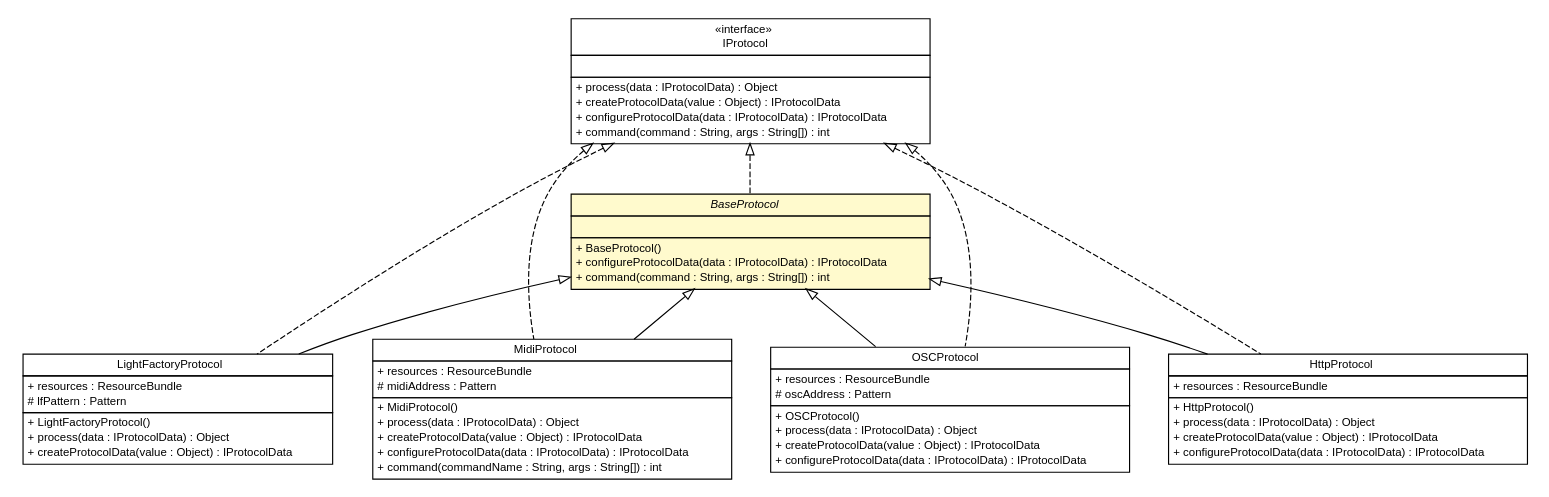
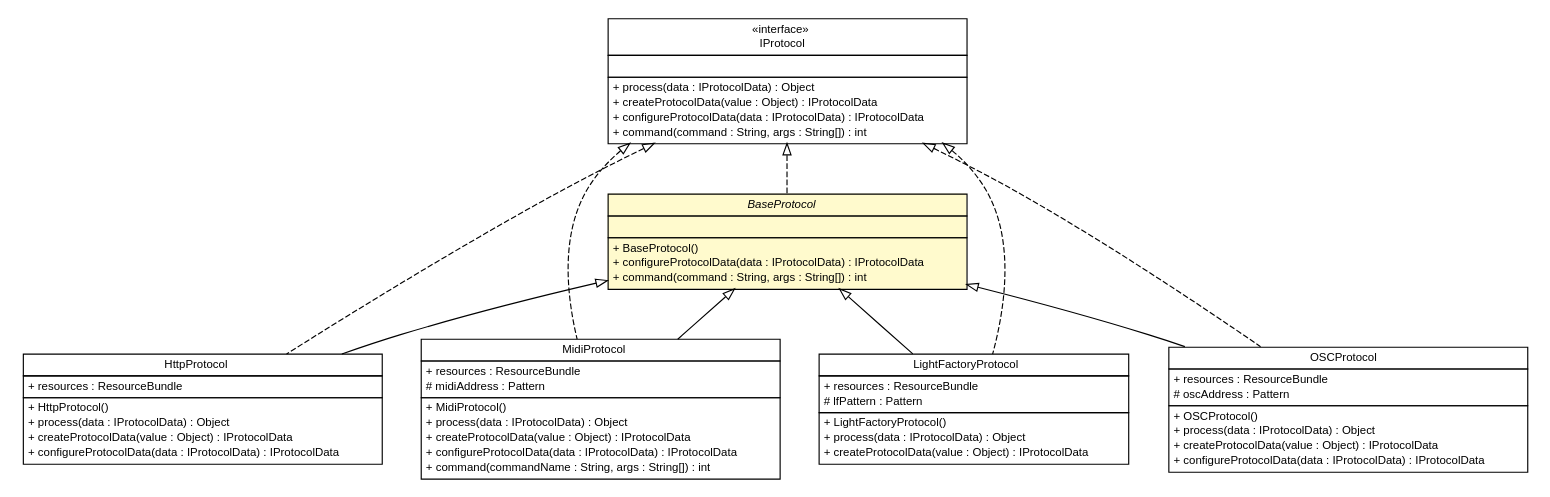
One commit to pcross616/lf-osc-proxy changed the diagram in apidocs/com/xley/lfosc/impl/BaseProtocol.dot. Above: the diagram before and after it, drawn with Graphviz. The commit also changed 355 other files, not shown here.

```diff
--- a/apidocs/com/xley/lfosc/impl/BaseProtocol.dot
+++ b/apidocs/com/xley/lfosc/impl/BaseProtocol.dot
@@ -1,123 +1,123 @@
 #!/usr/local/bin/dot
 #
 # Class diagram 
 # Generated by UMLGraph version R5_6 (http://www.umlgraph.org/)
 #
 
 digraph G {
 	edge [fontname="Helvetica",fontsize=10,labelfontname="Helvetica",labelfontsize=10];
 	node [fontname="Helvetica",fontsize=10,shape=plaintext];
 	nodesep=0.25;
 	ranksep=0.5;
 	// com.xley.lfosc.IProtocol
 	c649 [label=<<table title="com.xley.lfosc.IProtocol" border="0" cellborder="1" cellspacing="0" cellpadding="2" port="p" href="../IProtocol.html">
 		<tr><td><table border="0" cellspacing="0" cellpadding="1">
 <tr><td align="center" balign="center"> &#171;interface&#187; </td></tr>
 <tr><td align="center" balign="center"> IProtocol </td></tr>
 		</table></td></tr>
 		<tr><td><table border="0" cellspacing="0" cellpadding="1">
 <tr><td align="left" balign="left">  </td></tr>
 		</table></td></tr>
 		<tr><td><table border="0" cellspacing="0" cellpadding="1">
 <tr><td align="left" balign="left"> + process(data : IProtocolData) : Object </td></tr>
 <tr><td align="left" balign="left"> + createProtocolData(value : Object) : IProtocolData </td></tr>
 <tr><td align="left" balign="left"> + configureProtocolData(data : IProtocolData) : IProtocolData </td></tr>
 <tr><td align="left" balign="left"> + command(command : String, args : String[]) : int </td></tr>
 		</table></td></tr>
 		</table>>, URL="../IProtocol.html", fontname="Helvetica", fontcolor="black", fontsize=10.0];
-	// com.xley.lfosc.lightfactory.LightFactoryProtocol
-	c657 [label=<<table title="com.xley.lfosc.lightfactory.LightFactoryProtocol" border="0" cellborder="1" cellspacing="0" cellpadding="2" port="p" href="../lightfactory/LightFactoryProtocol.html">
+	// com.xley.lfosc.http.HttpProtocol
+	c659 [label=<<table title="com.xley.lfosc.http.HttpProtocol" border="0" cellborder="1" cellspacing="0" cellpadding="2" port="p" href="../http/HttpProtocol.html">
 		<tr><td><table border="0" cellspacing="0" cellpadding="1">
-<tr><td align="center" balign="center"> LightFactoryProtocol </td></tr>
+<tr><td align="center" balign="center"> HttpProtocol </td></tr>
 		</table></td></tr>
 		<tr><td><table border="0" cellspacing="0" cellpadding="1">
 <tr><td align="left" balign="left"> + resources : ResourceBundle </td></tr>
-<tr><td align="left" balign="left"> # lfPattern : Pattern </td></tr>
 		</table></td></tr>
 		<tr><td><table border="0" cellspacing="0" cellpadding="1">
-<tr><td align="left" balign="left"> + LightFactoryProtocol() </td></tr>
+<tr><td align="left" balign="left"> + HttpProtocol() </td></tr>
 <tr><td align="left" balign="left"> + process(data : IProtocolData) : Object </td></tr>
 <tr><td align="left" balign="left"> + createProtocolData(value : Object) : IProtocolData </td></tr>
+<tr><td align="left" balign="left"> + configureProtocolData(data : IProtocolData) : IProtocolData </td></tr>
 		</table></td></tr>
-		</table>>, URL="../lightfactory/LightFactoryProtocol.html", fontname="Helvetica", fontcolor="black", fontsize=10.0];
+		</table>>, URL="../http/HttpProtocol.html", fontname="Helvetica", fontcolor="black", fontsize=10.0];
+	// com.xley.lfosc.impl.BaseProtocol
+	c684 [label=<<table title="com.xley.lfosc.impl.BaseProtocol" border="0" cellborder="1" cellspacing="0" cellpadding="2" port="p" bgcolor="lemonChiffon" href="./BaseProtocol.html">
+		<tr><td><table border="0" cellspacing="0" cellpadding="1">
+<tr><td align="center" balign="center"><font face="Helvetica-Oblique"> BaseProtocol </font></td></tr>
+		</table></td></tr>
+		<tr><td><table border="0" cellspacing="0" cellpadding="1">
+<tr><td align="left" balign="left">  </td></tr>
+		</table></td></tr>
+		<tr><td><table border="0" cellspacing="0" cellpadding="1">
+<tr><td align="left" balign="left"> + BaseProtocol() </td></tr>
+<tr><td align="left" balign="left"> + configureProtocolData(data : IProtocolData) : IProtocolData </td></tr>
+<tr><td align="left" balign="left"> + command(command : String, args : String[]) : int </td></tr>
+		</table></td></tr>
+		</table>>, URL="./BaseProtocol.html", fontname="Helvetica", fontcolor="black", fontsize=10.0];
 	// com.xley.lfosc.midi.MidiProtocol
-	c676 [label=<<table title="com.xley.lfosc.midi.MidiProtocol" border="0" cellborder="1" cellspacing="0" cellpadding="2" port="p" href="../midi/MidiProtocol.html">
+	c699 [label=<<table title="com.xley.lfosc.midi.MidiProtocol" border="0" cellborder="1" cellspacing="0" cellpadding="2" port="p" href="../midi/MidiProtocol.html">
 		<tr><td><table border="0" cellspacing="0" cellpadding="1">
 <tr><td align="center" balign="center"> MidiProtocol </td></tr>
 		</table></td></tr>
 		<tr><td><table border="0" cellspacing="0" cellpadding="1">
 <tr><td align="left" balign="left"> + resources : ResourceBundle </td></tr>
 <tr><td align="left" balign="left"> # midiAddress : Pattern </td></tr>
 		</table></td></tr>
 		<tr><td><table border="0" cellspacing="0" cellpadding="1">
 <tr><td align="left" balign="left"> + MidiProtocol() </td></tr>
 <tr><td align="left" balign="left"> + process(data : IProtocolData) : Object </td></tr>
 <tr><td align="left" balign="left"> + createProtocolData(value : Object) : IProtocolData </td></tr>
 <tr><td align="left" balign="left"> + configureProtocolData(data : IProtocolData) : IProtocolData </td></tr>
 <tr><td align="left" balign="left"> + command(commandName : String, args : String[]) : int </td></tr>
 		</table></td></tr>
 		</table>>, URL="../midi/MidiProtocol.html", fontname="Helvetica", fontcolor="black", fontsize=10.0];
+	// com.xley.lfosc.lightfactory.LightFactoryProtocol
+	c703 [label=<<table title="com.xley.lfosc.lightfactory.LightFactoryProtocol" border="0" cellborder="1" cellspacing="0" cellpadding="2" port="p" href="../lightfactory/LightFactoryProtocol.html">
+		<tr><td><table border="0" cellspacing="0" cellpadding="1">
+<tr><td align="center" balign="center"> LightFactoryProtocol </td></tr>
+		</table></td></tr>
+		<tr><td><table border="0" cellspacing="0" cellpadding="1">
+<tr><td align="left" balign="left"> + resources : ResourceBundle </td></tr>
+<tr><td align="left" balign="left"> # lfPattern : Pattern </td></tr>
+		</table></td></tr>
+		<tr><td><table border="0" cellspacing="0" cellpadding="1">
+<tr><td align="left" balign="left"> + LightFactoryProtocol() </td></tr>
+<tr><td align="left" balign="left"> + process(data : IProtocolData) : Object </td></tr>
+<tr><td align="left" balign="left"> + createProtocolData(value : Object) : IProtocolData </td></tr>
+		</table></td></tr>
+		</table>>, URL="../lightfactory/LightFactoryProtocol.html", fontname="Helvetica", fontcolor="black", fontsize=10.0];
 	// com.xley.lfosc.osc.OSCProtocol
-	c691 [label=<<table title="com.xley.lfosc.osc.OSCProtocol" border="0" cellborder="1" cellspacing="0" cellpadding="2" port="p" href="../osc/OSCProtocol.html">
+	c717 [label=<<table title="com.xley.lfosc.osc.OSCProtocol" border="0" cellborder="1" cellspacing="0" cellpadding="2" port="p" href="../osc/OSCProtocol.html">
 		<tr><td><table border="0" cellspacing="0" cellpadding="1">
 <tr><td align="center" balign="center"> OSCProtocol </td></tr>
 		</table></td></tr>
 		<tr><td><table border="0" cellspacing="0" cellpadding="1">
 <tr><td align="left" balign="left"> + resources : ResourceBundle </td></tr>
 <tr><td align="left" balign="left"> # oscAddress : Pattern </td></tr>
 		</table></td></tr>
 		<tr><td><table border="0" cellspacing="0" cellpadding="1">
 <tr><td align="left" balign="left"> + OSCProtocol() </td></tr>
 <tr><td align="left" balign="left"> + process(data : IProtocolData) : Object </td></tr>
 <tr><td align="left" balign="left"> + createProtocolData(value : Object) : IProtocolData </td></tr>
 <tr><td align="left" balign="left"> + configureProtocolData(data : IProtocolData) : IProtocolData </td></tr>
 		</table></td></tr>
 		</table>>, URL="../osc/OSCProtocol.html", fontname="Helvetica", fontcolor="black", fontsize=10.0];
-	// com.xley.lfosc.http.HttpProtocol
-	c716 [label=<<table title="com.xley.lfosc.http.HttpProtocol" border="0" cellborder="1" cellspacing="0" cellpadding="2" port="p" href="../http/HttpProtocol.html">
-		<tr><td><table border="0" cellspacing="0" cellpadding="1">
-<tr><td align="center" balign="center"> HttpProtocol </td></tr>
-		</table></td></tr>
-		<tr><td><table border="0" cellspacing="0" cellpadding="1">
-<tr><td align="left" balign="left"> + resources : ResourceBundle </td></tr>
-		</table></td></tr>
-		<tr><td><table border="0" cellspacing="0" cellpadding="1">
-<tr><td align="left" balign="left"> + HttpProtocol() </td></tr>
-<tr><td align="left" balign="left"> + process(data : IProtocolData) : Object </td></tr>
-<tr><td align="left" balign="left"> + createProtocolData(value : Object) : IProtocolData </td></tr>
-<tr><td align="left" balign="left"> + configureProtocolData(data : IProtocolData) : IProtocolData </td></tr>
-		</table></td></tr>
-		</table>>, URL="../http/HttpProtocol.html", fontname="Helvetica", fontcolor="black", fontsize=10.0];
-	// com.xley.lfosc.impl.BaseProtocol
-	c721 [label=<<table title="com.xley.lfosc.impl.BaseProtocol" border="0" cellborder="1" cellspacing="0" cellpadding="2" port="p" bgcolor="lemonChiffon" href="./BaseProtocol.html">
-		<tr><td><table border="0" cellspacing="0" cellpadding="1">
-<tr><td align="center" balign="center"><font face="Helvetica-Oblique"> BaseProtocol </font></td></tr>
-		</table></td></tr>
-		<tr><td><table border="0" cellspacing="0" cellpadding="1">
-<tr><td align="left" balign="left">  </td></tr>
-		</table></td></tr>
-		<tr><td><table border="0" cellspacing="0" cellpadding="1">
-<tr><td align="left" balign="left"> + BaseProtocol() </td></tr>
-<tr><td align="left" balign="left"> + configureProtocolData(data : IProtocolData) : IProtocolData </td></tr>
-<tr><td align="left" balign="left"> + command(command : String, args : String[]) : int </td></tr>
-		</table></td></tr>
-		</table>>, URL="./BaseProtocol.html", fontname="Helvetica", fontcolor="black", fontsize=10.0];
+	//com.xley.lfosc.http.HttpProtocol extends com.xley.lfosc.impl.BaseProtocol
+	c684:p -> c659:p [dir=back,arrowtail=empty];
+	//com.xley.lfosc.http.HttpProtocol implements com.xley.lfosc.IProtocol
+	c649:p -> c659:p [dir=back,arrowtail=empty,style=dashed];
+	//com.xley.lfosc.impl.BaseProtocol implements com.xley.lfosc.IProtocol
+	c649:p -> c684:p [dir=back,arrowtail=empty,style=dashed];
+	//com.xley.lfosc.midi.MidiProtocol extends com.xley.lfosc.impl.BaseProtocol
+	c684:p -> c699:p [dir=back,arrowtail=empty];
+	//com.xley.lfosc.midi.MidiProtocol implements com.xley.lfosc.IProtocol
+	c649:p -> c699:p [dir=back,arrowtail=empty,style=dashed];
 	//com.xley.lfosc.lightfactory.LightFactoryProtocol extends com.xley.lfosc.impl.BaseProtocol
-	c721:p -> c657:p [dir=back,arrowtail=empty];
+	c684:p -> c703:p [dir=back,arrowtail=empty];
 	//com.xley.lfosc.lightfactory.LightFactoryProtocol implements com.xley.lfosc.IProtocol
-	c649:p -> c657:p [dir=back,arrowtail=empty,style=dashed];
-	//com.xley.lfosc.midi.MidiProtocol extends com.xley.lfosc.impl.BaseProtocol
-	c721:p -> c676:p [dir=back,arrowtail=empty];
-	//com.xley.lfosc.midi.MidiProtocol implements com.xley.lfosc.IProtocol
-	c649:p -> c676:p [dir=back,arrowtail=empty,style=dashed];
+	c649:p -> c703:p [dir=back,arrowtail=empty,style=dashed];
 	//com.xley.lfosc.osc.OSCProtocol extends com.xley.lfosc.impl.BaseProtocol
-	c721:p -> c691:p [dir=back,arrowtail=empty];
+	c684:p -> c717:p [dir=back,arrowtail=empty];
 	//com.xley.lfosc.osc.OSCProtocol implements com.xley.lfosc.IProtocol
-	c649:p -> c691:p [dir=back,arrowtail=empty,style=dashed];
-	//com.xley.lfosc.http.HttpProtocol extends com.xley.lfosc.impl.BaseProtocol
-	c721:p -> c716:p [dir=back,arrowtail=empty];
-	//com.xley.lfosc.http.HttpProtocol implements com.xley.lfosc.IProtocol
-	c649:p -> c716:p [dir=back,arrowtail=empty,style=dashed];
-	//com.xley.lfosc.impl.BaseProtocol implements com.xley.lfosc.IProtocol
-	c649:p -> c721:p [dir=back,arrowtail=empty,style=dashed];
+	c649:p -> c717:p [dir=back,arrowtail=empty,style=dashed];
 }
```
